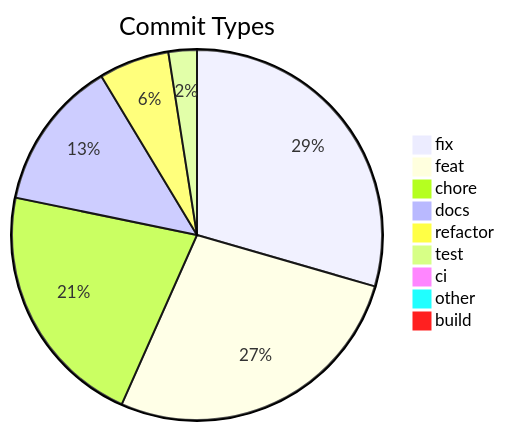
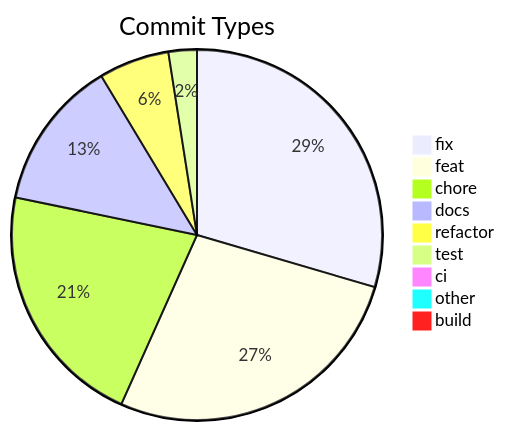
One commit to svenroth-ai/shipwright changed the diagram in .shipwright/compliance/change-history.md. Above: the diagram before and after it, drawn with Mermaid. The commit also changed other lines of this file and 23 other files, not shown here.

````diff
--- a/.shipwright/compliance/change-history.md
+++ b/.shipwright/compliance/change-history.md
@@ -8,12 +8,12 @@
 ```mermaid
 pie title Commit Types
-    "fix" : 321
+    "fix" : 322
     "feat" : 296
     "chore" : 235
     "docs" : 143
     "refactor" : 67
     "test" : 27
     "ci" : 11
     "other" : 7
     "build" : 1
 ```
````
